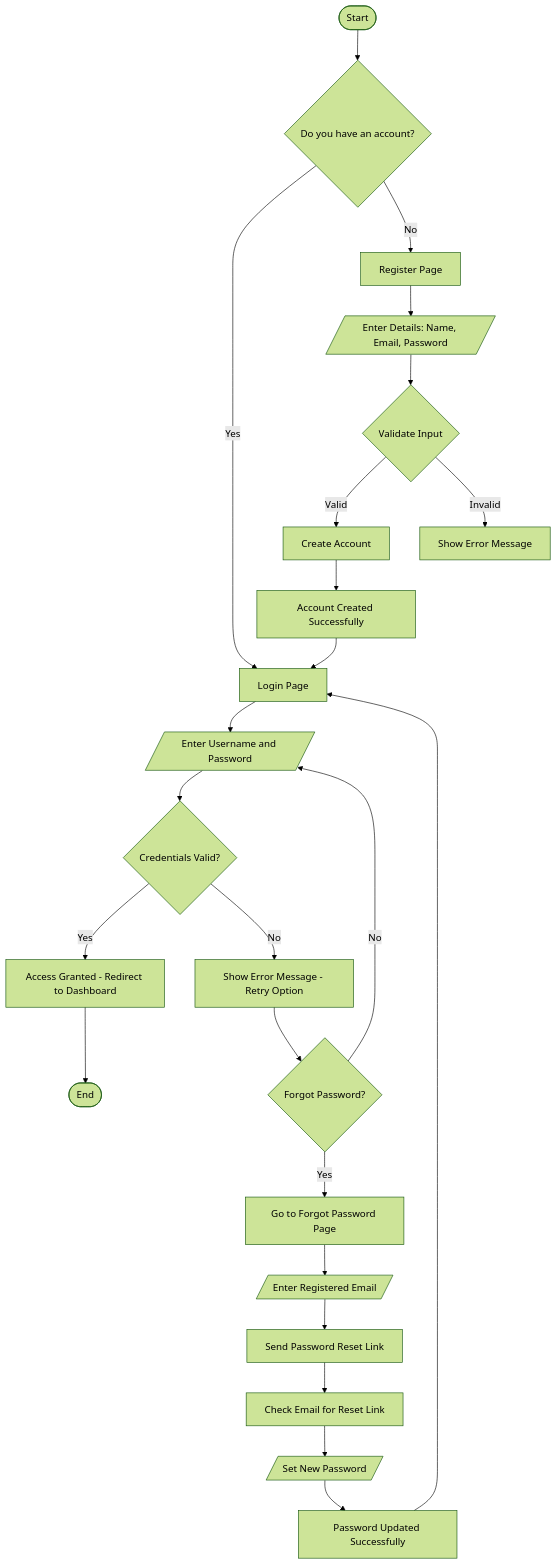
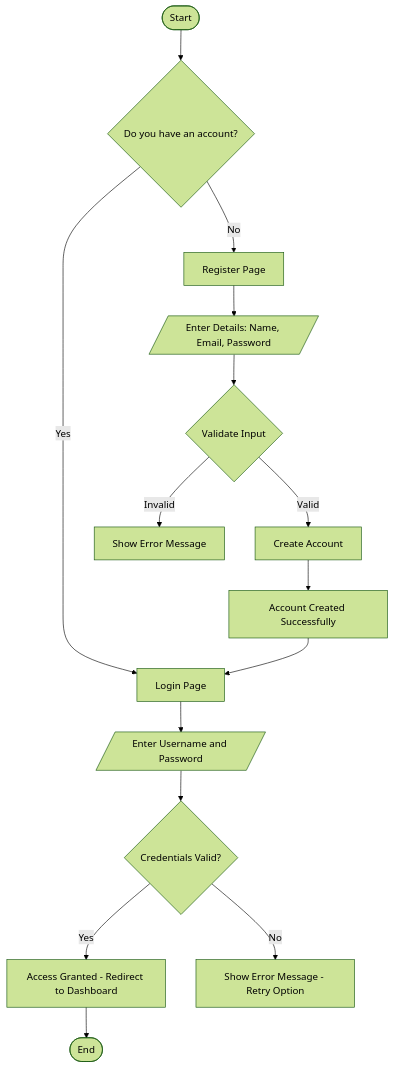
One commit to manav-gkmit/kya-saabzi-docs changed the first of 2 diagrams in docs/architecture/auth.md. Above: the diagram before and after it, drawn with Mermaid (forest theme). The commit also changed 10 other files, not shown here.

````diff
--- a/docs/architecture/auth.md
+++ b/docs/architecture/auth.md
@@ -9,32 +9,21 @@
 ```mermaid
 flowchart TD
     A(["Start"]) --> B{"Do you have an account?"}
     B -- Yes --> C["Login Page"]
     B -- No --> D["Register Page"]
     C --> E["Enter Username and Password"]
     E --> F{"Credentials Valid?"}
     F -- Yes --> G["Access Granted - Redirect to Dashboard"]
     F -- No --> H["Show Error Message - Retry Option"]
-    H --> I{"Forgot Password?"}
-    I -- Yes --> J["Go to Forgot Password Page"]
-    I -- No --> E
     D --> K["Enter Details: Name, Email, Password"]
     K --> L["Validate Input"]
     L -- Valid --> M["Create Account"]
     L -- Invalid --> N["Show Error Message"]
     M --> O["Account Created Successfully"]
     O --> C
-    J --> P["Enter Registered Email"]
-    P --> Q["Send Password Reset Link"]
-    Q --> R["Check Email for Reset Link"]
-    R --> S["Set New Password"]
-    S --> T["Password Updated Successfully"]
-    T --> C
     G --> U(["End"])
 
     E@{ shape: lean-r}
-    P@{ shape: lean-r}
     K@{ shape: lean-r}
     L@{ shape: diam}
-    S@{ shape: lean-r}
 ```
````
